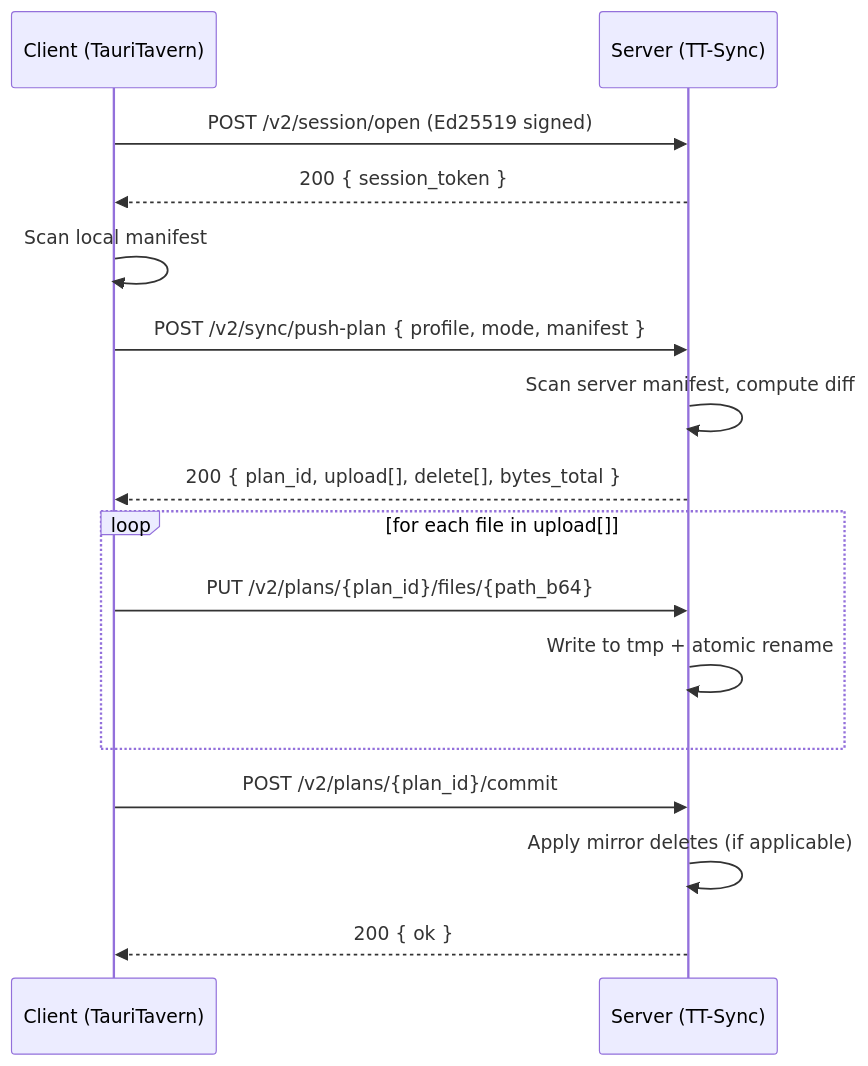
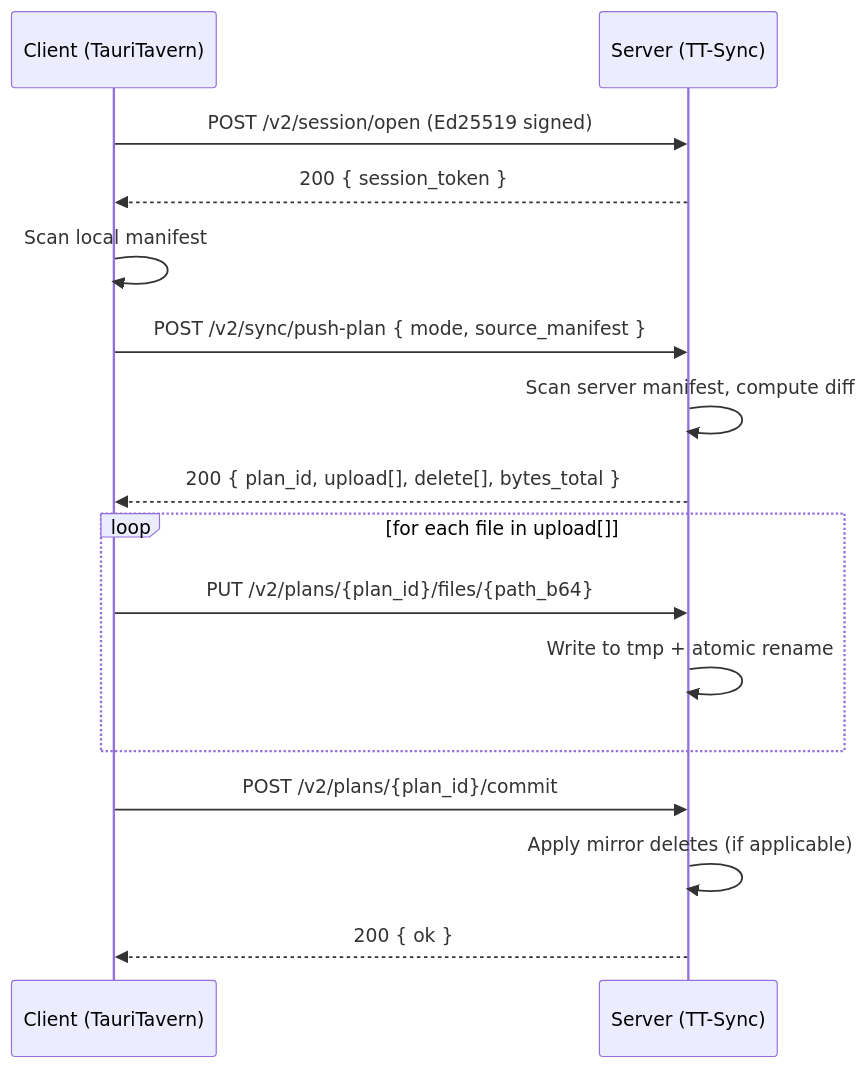
Before and after one commit to Darkatse/TT-Sync: the fourth of 4 diagrams in docs/Architecture.md, drawn with Mermaid. The commit also changed other lines of this file and 32 other files, not shown here.

````diff
--- a/docs/Architecture.md
+++ b/docs/Architecture.md
@@ -286,22 +284,22 @@
 ```mermaid
 sequenceDiagram
     participant C as Client (TauriTavern)
     participant S as Server (TT-Sync)
 
     C->>S: POST /v2/session/open (Ed25519 signed)
     S-->>C: 200 { session_token }
 
     C->>C: Scan local manifest
-    C->>S: POST /v2/sync/push-plan { profile, mode, manifest }
+    C->>S: POST /v2/sync/push-plan { mode, source_manifest }
     S->>S: Scan server manifest, compute diff
     S-->>C: 200 { plan_id, upload[], delete[], bytes_total }
 
     loop for each file in upload[]
         C->>S: PUT /v2/plans/{plan_id}/files/{path_b64}
         S->>S: Write to tmp + atomic rename
     end
 
     C->>S: POST /v2/plans/{plan_id}/commit
     S->>S: Apply mirror deletes (if applicable)
     S-->>C: 200 { ok }
 ```
````
